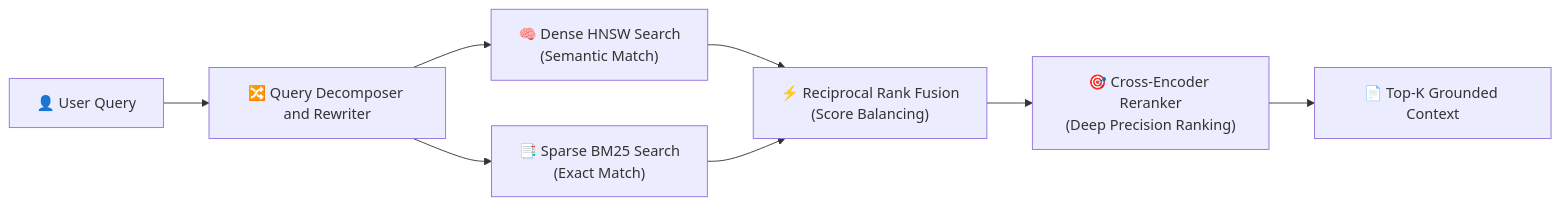
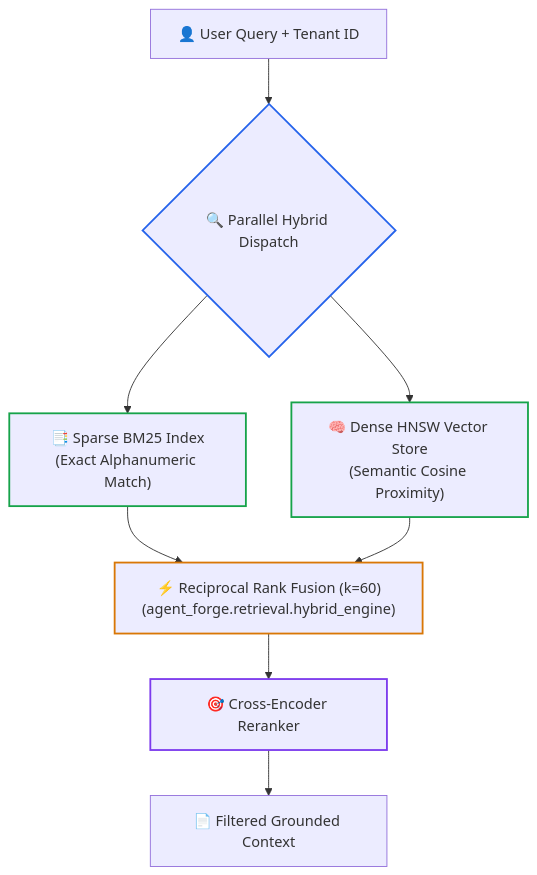
Before and after one commit to dip4k/senior-engineer-to-ai-engineer-roadmap: the fourth of 7 diagrams in ai-platform-and-agent-infrastructure-roadmap.md, drawn with Mermaid. The commit also changed other lines of this file and 49 other files, not shown here.

First line of the commit message:
feat(curriculum): complete 2026 refactoring across roadmaps, use-cases, labs, and agent-forge

````diff
--- a/ai-platform-and-agent-infrastructure-roadmap.md
+++ b/ai-platform-and-agent-infrastructure-roadmap.md
@@ -349,12 +213,17 @@
 ```mermaid
-flowchart LR
-    Query["👤 User Query"] --> Transform["🔀 Query Decomposer and Rewriter"]
-    Transform --> Dense["🧠 Dense HNSW Search<br>(Semantic Match)"]
-    Transform --> Sparse["📑 Sparse BM25 Search<br>(Exact Match)"]
+flowchart TD
+    Q["👤 User Query + Tenant ID"] --> Search{"🔍 Parallel Hybrid Dispatch"}
+    Search --> BM25["📑 Sparse BM25 Index<br>(Exact Alphanumeric Match)"]
+    Search --> Dense["🧠 Dense HNSW Vector Store<br>(Semantic Cosine Proximity)"]
     
-    Dense --> RRF["⚡ Reciprocal Rank Fusion<br>(Score Balancing)"]
-    Sparse --> RRF
-    
-    RRF --> CrossEncoder["🎯 Cross-Encoder Reranker<br>(Deep Precision Ranking)"]
-    CrossEncoder --> TopK["📄 Top-K Grounded Context"]
+    BM25 --> RRF["⚡ Reciprocal Rank Fusion (k=60)<br>(agent_forge.retrieval.hybrid_engine)"]
+    Dense --> RRF
+    RRF --> Cross["🎯 Cross-Encoder Reranker"]
+    Cross --> Out["📄 Filtered Grounded Context"]
+
+    style Search stroke:#2563eb,stroke-width:2px
+    style BM25 stroke:#16a34a,stroke-width:2px
+    style Dense stroke:#16a34a,stroke-width:2px
+    style RRF stroke:#d97706,stroke-width:2px
+    style Cross stroke:#7c3aed,stroke-width:2px
 ```
````
